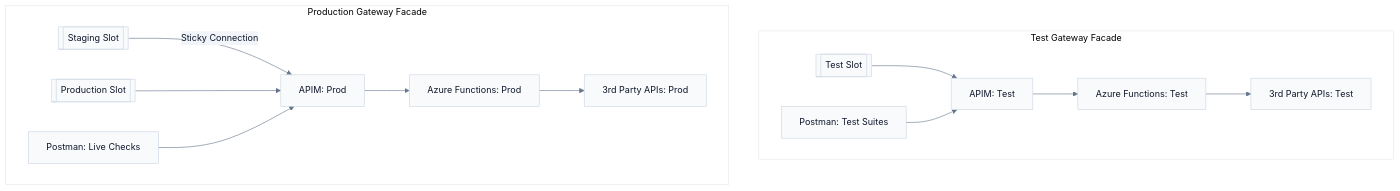
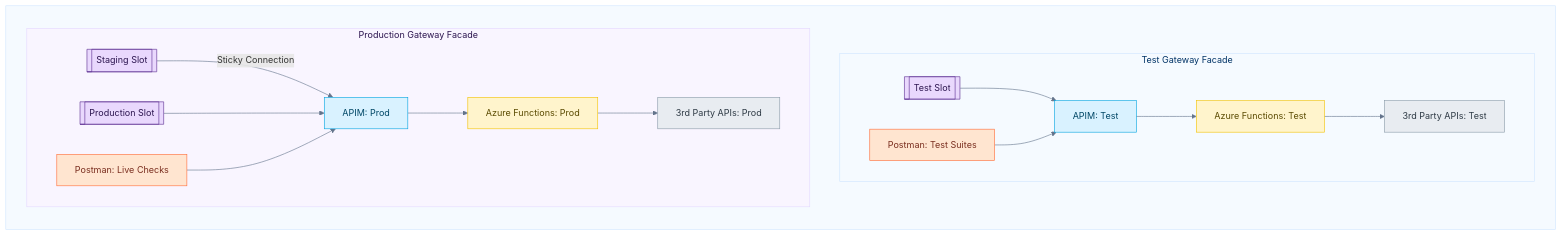
Before and after one commit to acforbes/freight-logistics-architecture: the fourth of 5 diagrams in presentation.md, drawn with Mermaid. The commit also changed other lines of this file and 8 other files, not shown here.

Commit message:
docs: presentation mermaid graph styling and config for png saves

````diff
--- a/presentation.md
+++ b/presentation.md
@@ -248,28 +274,42 @@
 ```mermaid
 %%{init: {
-  'theme': 'base',
+  'theme': '',
   'themeVariables': {
     'fontFamily': 'Arial, sans-serif',
     'fontSize': '15px',
     'primaryColor': '#f8fafc',
     'primaryTextColor': '#0f172a',
     'primaryBorderColor': '#cbd5e1',
     'lineColor': '#64748b',
     'secondaryColor': '#f1f5f9',
     'tertiaryColor': '#ffffff'
   }
 }}%%
 graph TD
-    subgraph Test Gateway Facade
-        Slot_Test[[Test Slot]] --> APIM_Test[APIM: Test]
-        PM_Test[Postman: Test Suites] --> APIM_Test
-        APIM_Test --> AzFunc_Test[Azure Functions: Test] --> Ext_Test[3rd Party APIs: Test]
-    end
+    style Container fill:#F5FAFF,stroke:#D0E6FF,color:#003366;
+    style Test fill:#F5FAFF,stroke:#D0E6FF,color:#003366;
+    style Prod fill:#F9F5FF,stroke:#E3D8FF,color:#2D1650;
 
-    subgraph Production Gateway Facade
-        Slot_Stag[[Staging Slot]] -->|Sticky Connection| APIM_Prod[APIM: Prod]
-        Slot_Prod[[Production Slot]] --> APIM_Prod
-        PM_Prod[Postman: Live Checks] --> APIM_Prod
-        APIM_Prod --> AzFunc_Prod[Azure Functions: Prod] --> Ext_Prod[3rd Party APIs: Prod]
+    classDef postman fill:#FFE5D0,stroke:#FF6C37,color:#7A2E1F;
+    classDef app fill:#E9D8FD,stroke:#5C2D91,color:#2D1650;
+    classDef apim fill:#D9F2FF,stroke:#00A3E0,color:#004766;
+    classDef func fill:#FFF4CC,stroke:#F2C200,color:#5A4A00;
+    classDef thirdparty fill:#E8ECF1,stroke:#8A9BA8,color:#2E3A45;
+
+    subgraph Container[ ]
+      direction TD
+
+      subgraph Test[Test Gateway Facade]
+          Slot_Test[[Test Slot]]:::app --> APIM_Test[APIM: Test]:::apim
+          PM_Test[Postman: Test Suites]:::postman --> APIM_Test
+          APIM_Test --> AzFunc_Test[Azure Functions: Test]:::func --> Ext_Test[3rd Party APIs: Test]:::thirdparty
+      end
+
+      subgraph Prod[Production Gateway Facade]
+          Slot_Stag[[Staging Slot]]:::app -->|Sticky Connection| APIM_Prod[APIM: Prod]:::apim
+          Slot_Prod[[Production Slot]]:::app --> APIM_Prod
+          PM_Prod[Postman: Live Checks]:::postman --> APIM_Prod
+          APIM_Prod --> AzFunc_Prod[Azure Functions: Prod]:::func --> Ext_Prod[3rd Party APIs: Prod]:::thirdparty
+      end
     end
 ```
````
